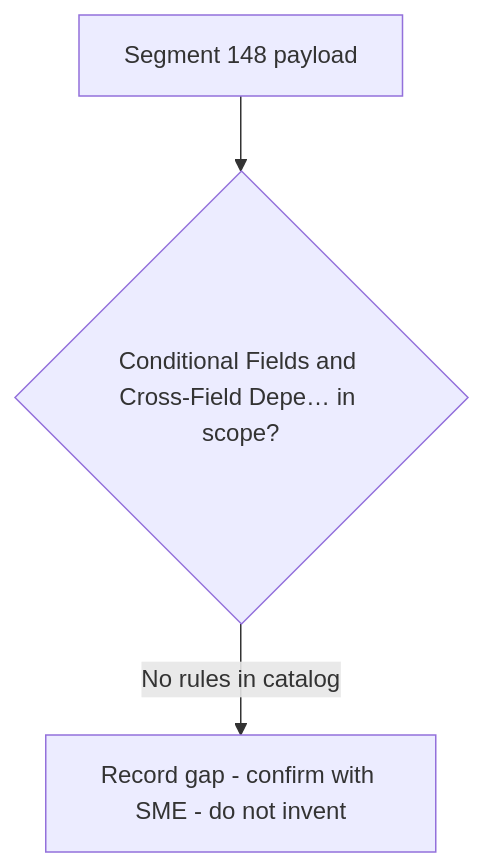
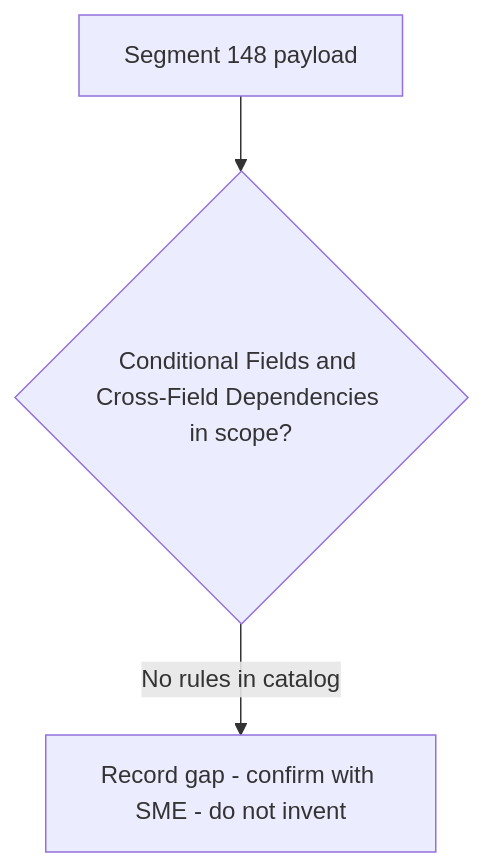
One commit to DhanSingh-hub/core-auth-ai-validation-framework changed the diagram in regression-artifact-validator/specifications/ATL105/docs/specs/kb/segment-148/conditional-dependency-rules-flow.md. Above: the diagram before and after it, drawn with Mermaid. The commit also changed 150 other files, not shown here.

````diff
--- a/regression-artifact-validator/specifications/ATL105/docs/specs/kb/segment-148/conditional-dependency-rules-flow.md
+++ b/regression-artifact-validator/specifications/ATL105/docs/specs/kb/segment-148/conditional-dependency-rules-flow.md
@@ -3,5 +3,5 @@
 ```mermaid
 flowchart TD
-    A[Segment 148 payload] --> B{Conditional Fields and Cross-Field Depe… in scope?}
+    A[Segment 148 payload] --> B{Conditional Fields and Cross-Field Dependencies in scope?}
     B -->|No rules in catalog| G[Record gap - confirm with SME - do not invent]
 ```
````
